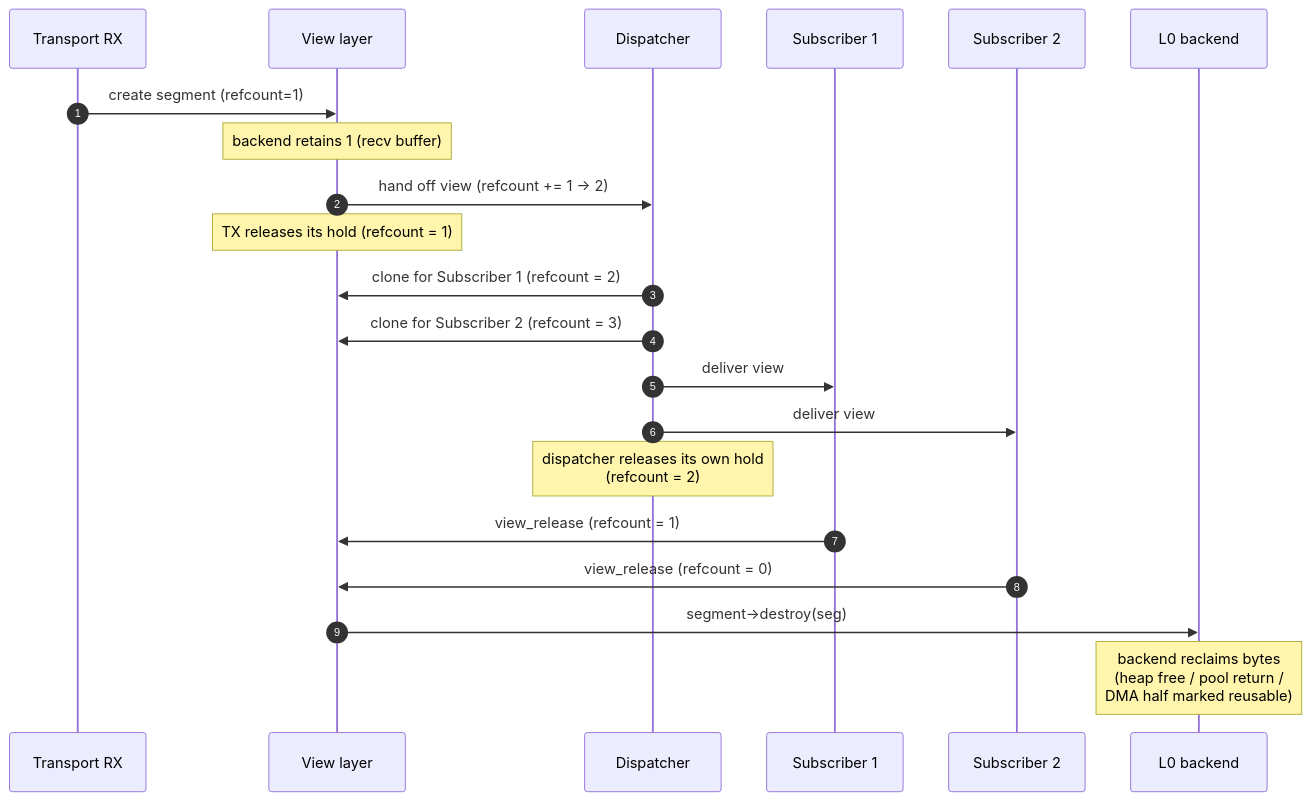
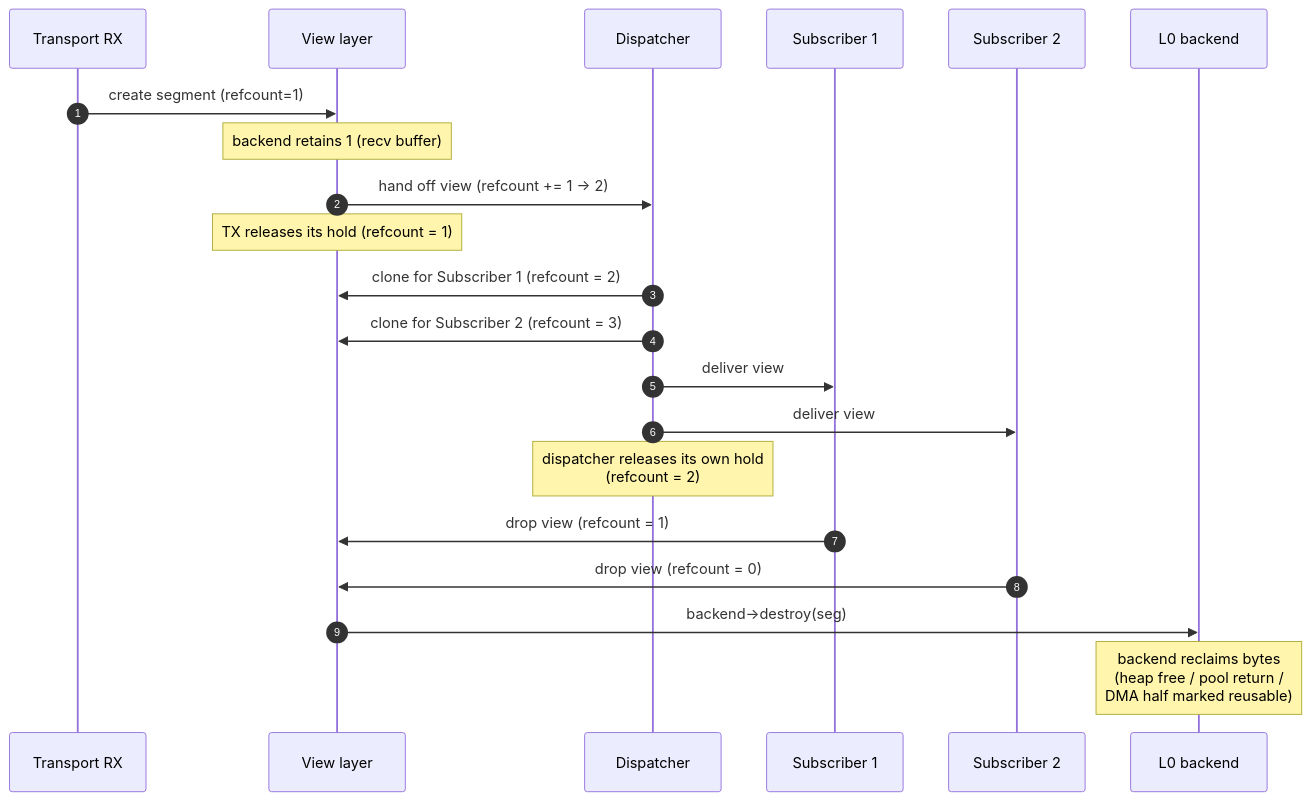
Before and after one commit to avatarsd-llc/libtracer: the diagram in docs/reference/08-views-and-ownership.md, drawn with Mermaid. The commit also changed other lines of this file, not shown here.

````diff
--- a/docs/reference/08-views-and-ownership.md
+++ b/docs/reference/08-views-and-ownership.md
@@ -158,24 +185,24 @@
 ```mermaid
 sequenceDiagram
     autonumber
     participant TX as Transport RX
     participant V as View layer
     participant D as Dispatcher
     participant S1 as Subscriber 1
     participant S2 as Subscriber 2
     participant L0 as L0 backend
 
     TX->>V: create segment (refcount=1)
     Note over V: backend retains 1 (recv buffer)
     V->>D: hand off view (refcount += 1 → 2)
     Note over V: TX releases its hold (refcount = 1)
     D->>V: clone for Subscriber 1 (refcount = 2)
     D->>V: clone for Subscriber 2 (refcount = 3)
     D->>S1: deliver view
     D->>S2: deliver view
     Note over D: dispatcher releases its own hold<br/>(refcount = 2)
-    S1->>V: view_release (refcount = 1)
-    S2->>V: view_release (refcount = 0)
-    V->>L0: segment->destroy(seg)
+    S1->>V: drop view (refcount = 1)
+    S2->>V: drop view (refcount = 0)
+    V->>L0: backend->destroy(seg)
     Note over L0: backend reclaims bytes<br/>(heap free / pool return /<br/>DMA half marked reusable)
 ```
````
